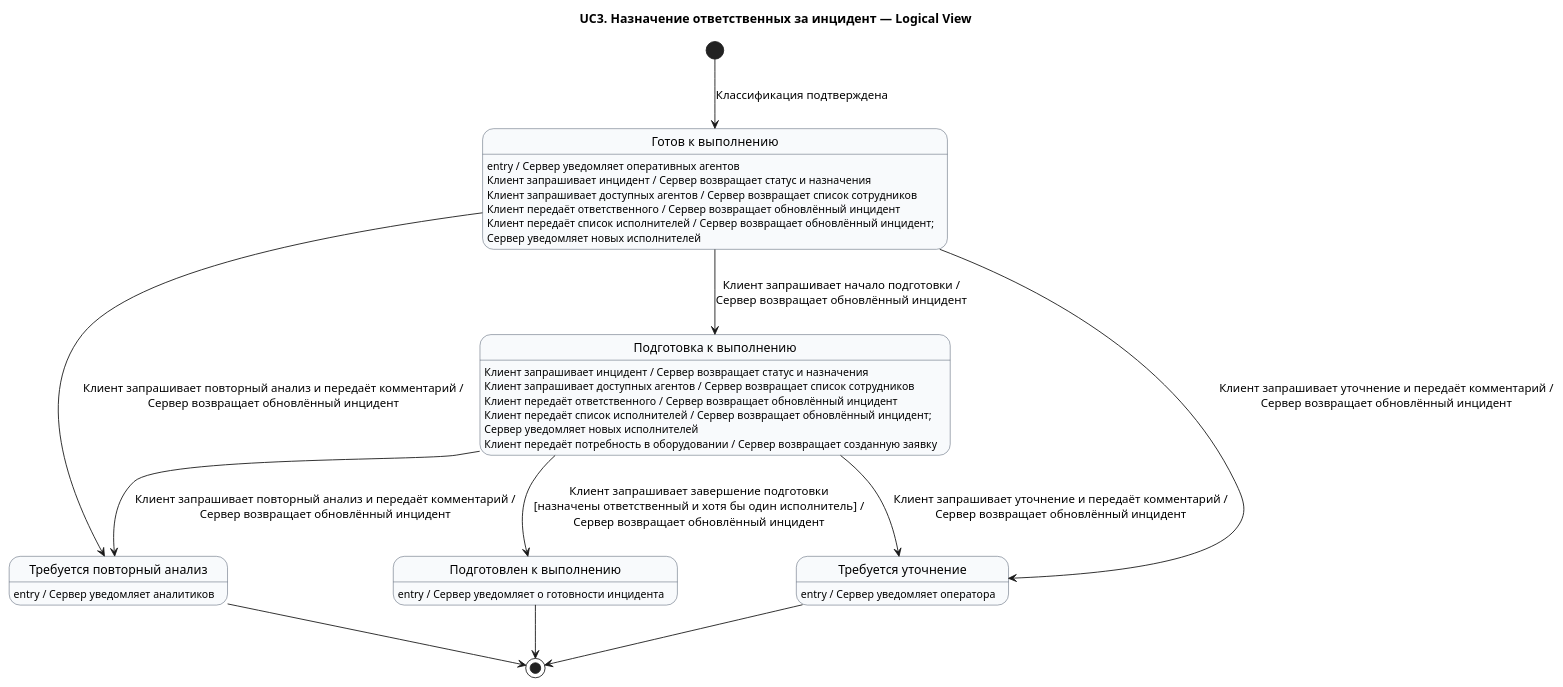
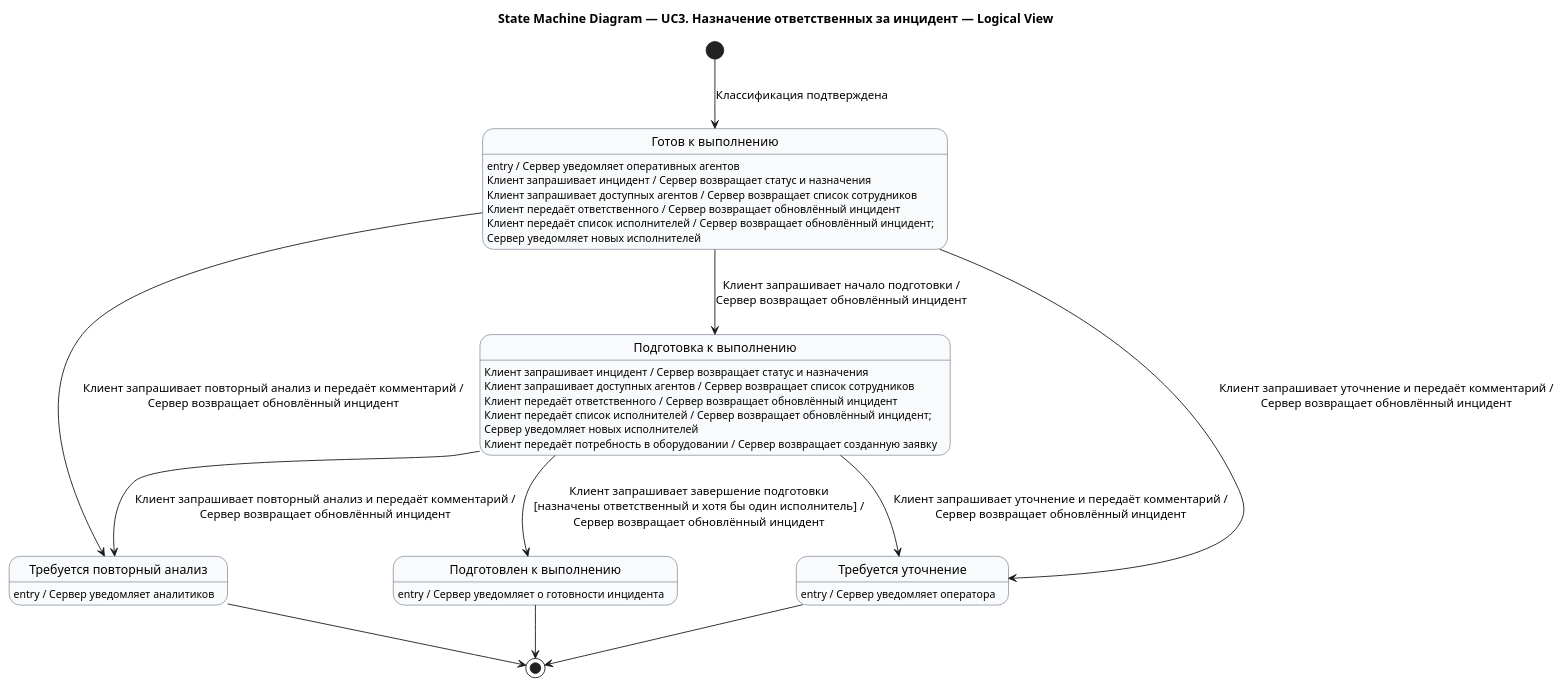
The second of 3 diagrams in docs/state-machine/UC3.md (Andryss/AIMS), drawn with PlantUML before and after one commit. The commit also changed other lines of this file and 31 other files, not shown here.

````diff
--- a/docs/state-machine/UC3.md
+++ b/docs/state-machine/UC3.md
@@ -50,49 +50,49 @@
 ```plantuml
 @startuml aims_uc3_state_machine_logical_view
-title UC3. Назначение ответственных за инцидент — Logical View
+title State Machine Diagram — UC3. Назначение ответственных за инцидент — Logical View
 scale max 3800 width
 
 skinparam shadowing false
 skinparam state {
   BackgroundColor #F8FAFC
   BorderColor #334155
   StartColor #166534
   EndColor #991B1B
 }
 
 state "Готов к выполнению" as LogicalReady
 state "Подготовка к выполнению" as LogicalPreparation
 state "Подготовлен к выполнению" as LogicalPrepared
 state "Требуется уточнение" as LogicalClarification
 state "Требуется повторный анализ" as LogicalReanalysis
 
 LogicalReady : entry / Сервер уведомляет оперативных агентов
 LogicalReady : Клиент запрашивает инцидент / Сервер возвращает статус и назначения
 LogicalReady : Клиент запрашивает доступных агентов / Сервер возвращает список сотрудников
 LogicalReady : Клиент передаёт ответственного / Сервер возвращает обновлённый инцидент
 LogicalReady : Клиент передаёт список исполнителей / Сервер возвращает обновлённый инцидент;\nСервер уведомляет новых исполнителей
 
 LogicalPreparation : Клиент запрашивает инцидент / Сервер возвращает статус и назначения
 LogicalPreparation : Клиент запрашивает доступных агентов / Сервер возвращает список сотрудников
 LogicalPreparation : Клиент передаёт ответственного / Сервер возвращает обновлённый инцидент
 LogicalPreparation : Клиент передаёт список исполнителей / Сервер возвращает обновлённый инцидент;\nСервер уведомляет новых исполнителей
 LogicalPreparation : Клиент передаёт потребность в оборудовании / Сервер возвращает созданную заявку
 
 LogicalPrepared : entry / Сервер уведомляет о готовности инцидента
 LogicalClarification : entry / Сервер уведомляет оператора
 LogicalReanalysis : entry / Сервер уведомляет аналитиков
 
 [*] --> LogicalReady : Классификация подтверждена
 LogicalReady --> LogicalPreparation : Клиент запрашивает начало подготовки /\nСервер возвращает обновлённый инцидент
 LogicalPreparation --> LogicalPrepared : Клиент запрашивает завершение подготовки\n[назначены ответственный и хотя бы один исполнитель] /\nСервер возвращает обновлённый инцидент
 
 LogicalReady --> LogicalClarification : Клиент запрашивает уточнение и передаёт комментарий /\nСервер возвращает обновлённый инцидент
 LogicalReady --> LogicalReanalysis : Клиент запрашивает повторный анализ и передаёт комментарий /\nСервер возвращает обновлённый инцидент
 LogicalPreparation --> LogicalClarification : Клиент запрашивает уточнение и передаёт комментарий /\nСервер возвращает обновлённый инцидент
 LogicalPreparation --> LogicalReanalysis : Клиент запрашивает повторный анализ и передаёт комментарий /\nСервер возвращает обновлённый инцидент
 
 LogicalPrepared --> [*]
 LogicalClarification --> [*]
 LogicalReanalysis --> [*]
 @enduml
 ```
````
